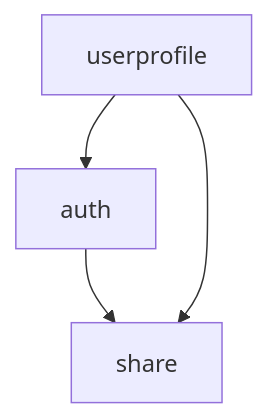
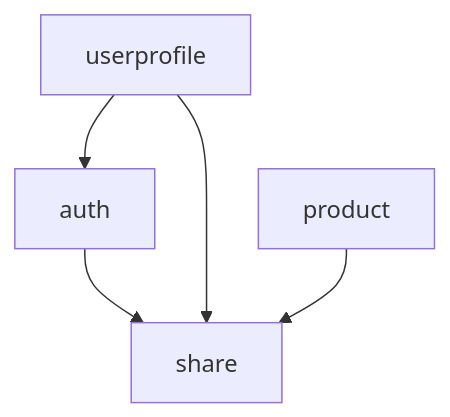
One commit to char5742/ecsite-sample-spring changed the second of 2 diagrams in .roo/rules/04_ARCHITECTURE.md. Above: the diagram before and after it, drawn with Mermaid. The commit also changed other lines of this file and 21 other files, not shown here.

````diff
--- a/.roo/rules/04_ARCHITECTURE.md
+++ b/.roo/rules/04_ARCHITECTURE.md
@@ -30,6 +30,7 @@
 ```mermaid
 flowchart TD
     auth --> share;
     userprofile --> share;
     userprofile --> auth;
+    product --> share;
 ```
````
